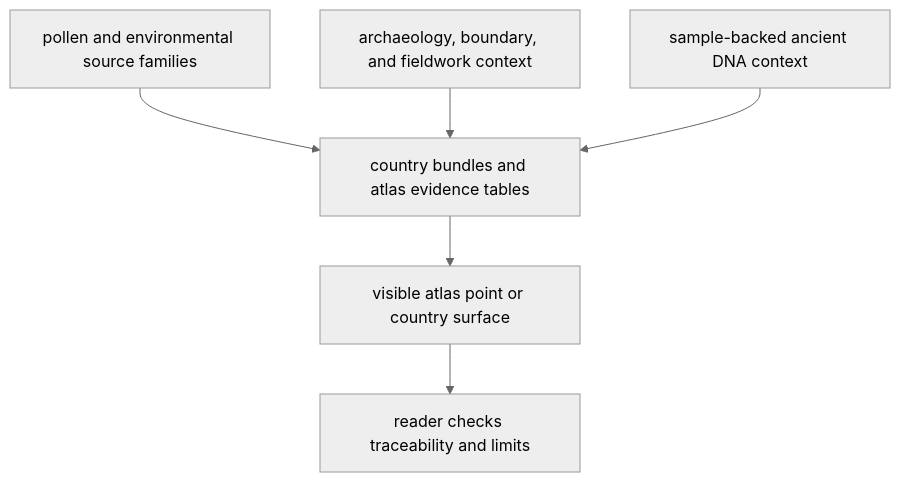
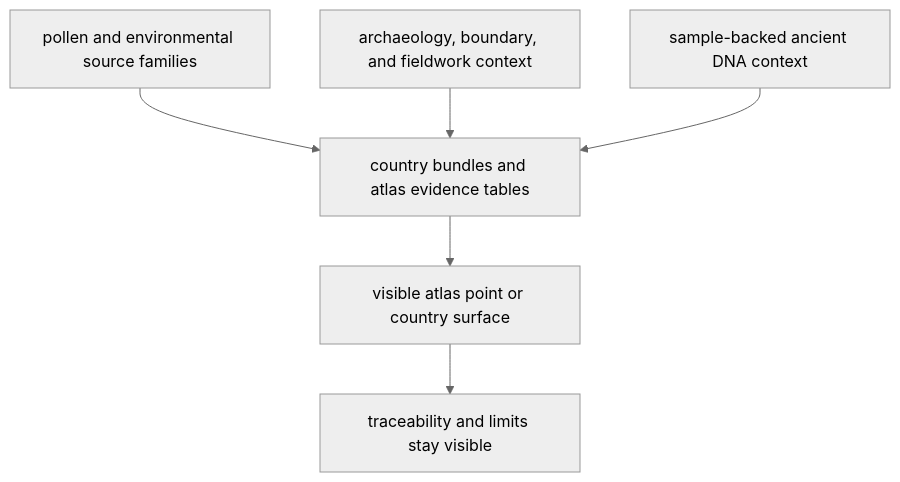
The diagram in docs/index.md (bijux/bijux-pollenomics), drawn with Mermaid (neutral theme) before and after one commit. The commit also changed other lines of this file and 3 other files, not shown here.

````diff
--- a/docs/index.md
+++ b/docs/index.md
@@ -55,15 +55,15 @@
 ```mermaid
 flowchart TB
     pollen["pollen and environmental source families"]
     context["archaeology, boundary, and fieldwork context"]
     samples["sample-backed ancient DNA context"]
     reports["country bundles and atlas evidence tables"]
     atlas["visible atlas point or country surface"]
-    review["reader checks traceability and limits"]
+    review["traceability and limits stay visible"]
 
     pollen --> reports
     context --> reports
     samples --> reports
     reports --> atlas
     atlas --> review
 ```
````
